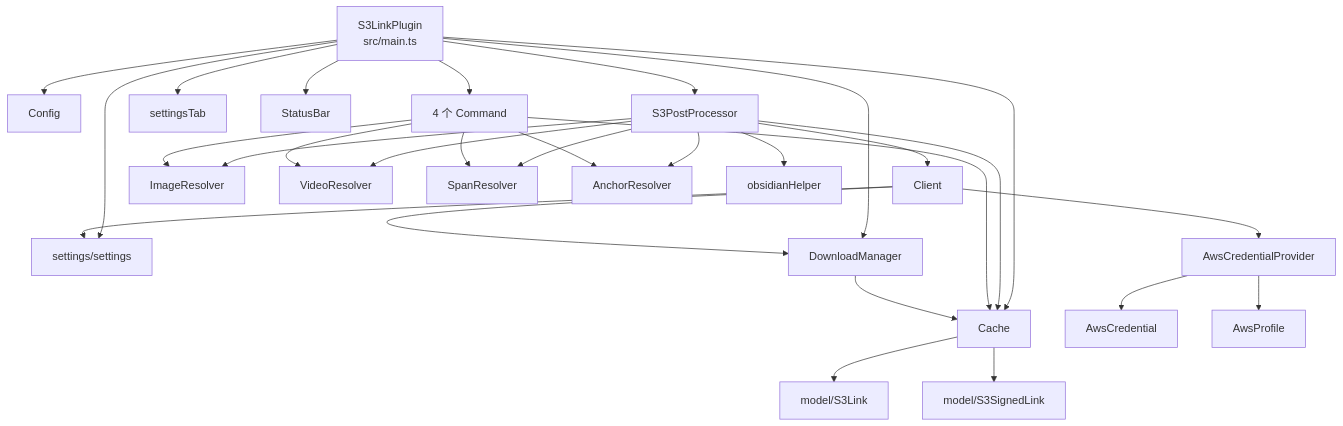
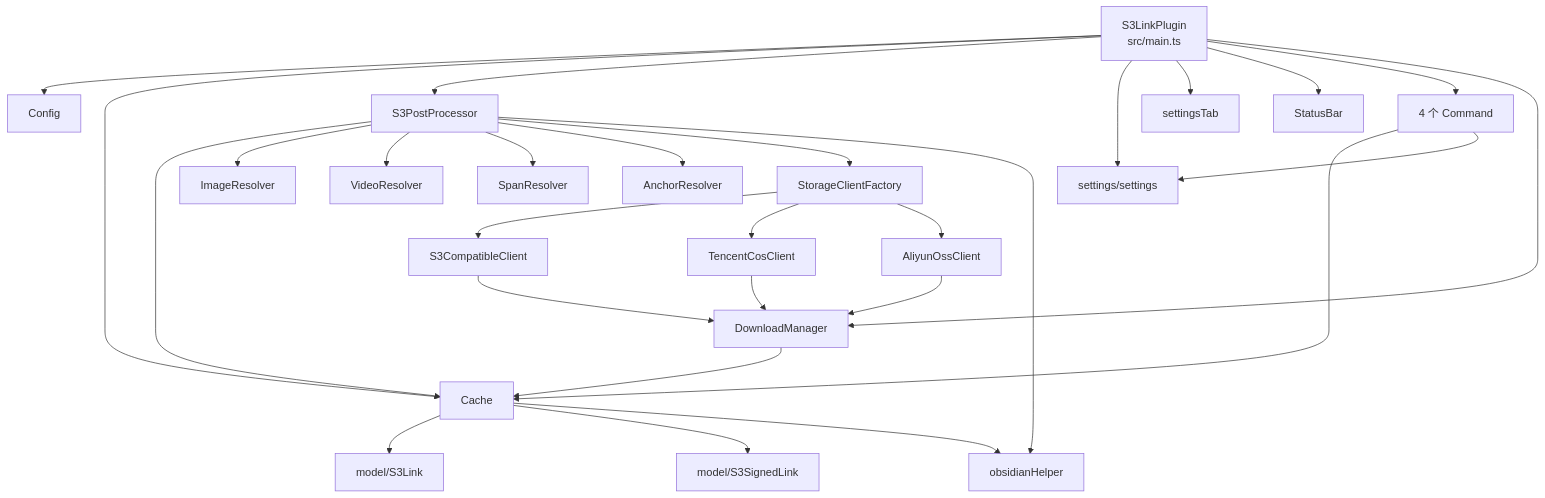
The fourth of 4 diagrams in .arcmesh/system-repo/architecture.md (gavinzmq/obsidian-plugin-s3-link), drawn with Mermaid before and after one commit. The commit also changed other lines of this file and 29 other files, not shown here.

First line of the commit message:
feat: multi-cloud storage support (Tencent COS, Aliyun OSS, S3-compatible)

````diff
--- a/.arcmesh/system-repo/architecture.md
+++ b/.arcmesh/system-repo/architecture.md
@@ -267,37 +250,36 @@
 ```mermaid
 graph TD
     Main[S3LinkPlugin<br>src/main.ts] --> Config
     Main --> Cache
     Main --> S3PP[S3PostProcessor]
     Main --> Settings[settings/settings]
     Main --> SettingsTab[settingsTab]
     Main --> StatusBar
     Main --> Cmds[4 个 Command]
     Main --> DM[DownloadManager]
 
-    S3PP --> Client
     S3PP --> Cache
     S3PP --> R1[ImageResolver]
     S3PP --> R2[VideoResolver]
     S3PP --> R3[SpanResolver]
     S3PP --> R4[AnchorResolver]
-    S3PP --> OH[obsidianHelper]
+    S3PP --> Factory[StorageClientFactory]
 
-    Client --> ACP[AwsCredentialProvider]
-    Client --> DM
-    Client --> Settings
+    Factory --> SC[S3CompatibleClient]
+    Factory --> TC[TencentCosClient]
+    Factory --> AC[AliyunOssClient]
 
-    ACP --> AwsCredential
-    ACP --> AwsProfile
+    SC --> DM
+    TC --> DM
+    AC --> DM
 
     Cmds --> Cache
-    Cmds --> R1
-    Cmds --> R2
-    Cmds --> R3
-    Cmds --> R4
+    Cmds --> Settings
 
     Cache --> S3Link[model/S3Link]
     Cache --> S3SignedLink[model/S3SignedLink]
+    Cache --> OH[obsidianHelper]
 
     DM --> Cache
+    S3PP --> OH
 ```
````
